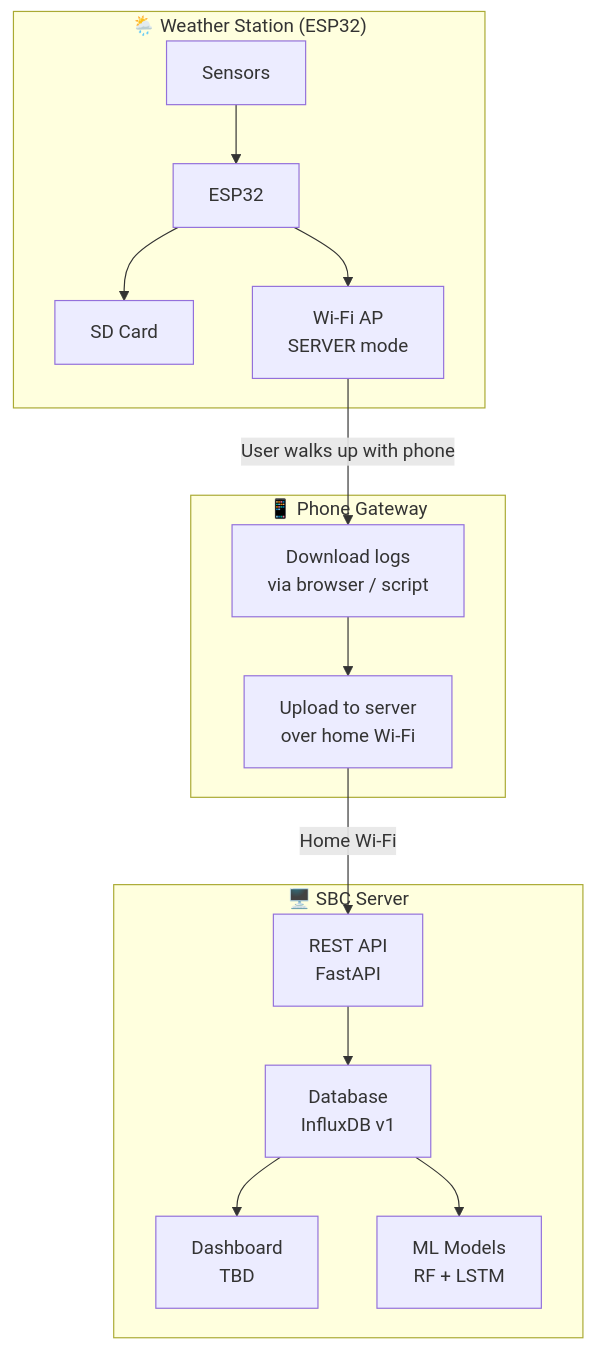
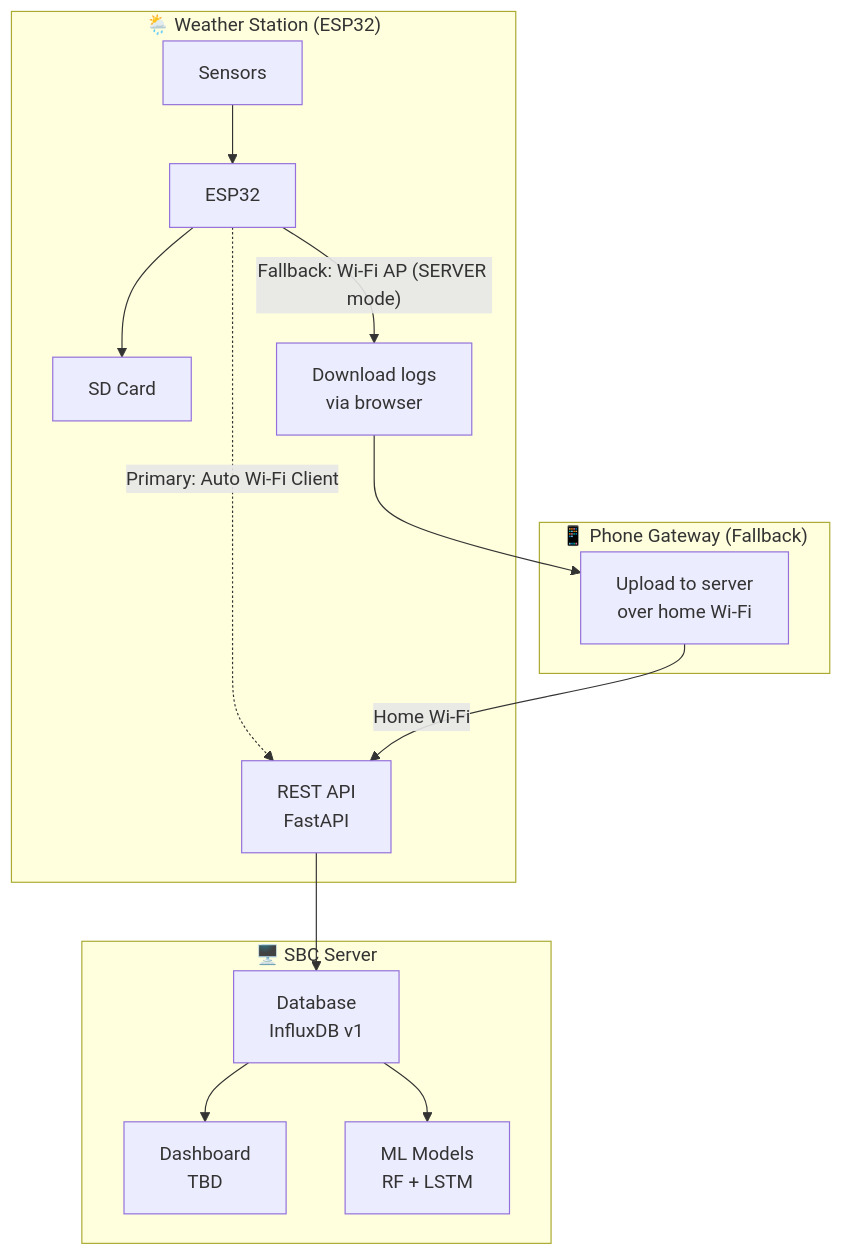
Before and after one commit to wg1d/personal-autonomous-weather-station: the first of 6 diagrams in docs/chapters/02-architecture.qmd, drawn with Mermaid. The commit also changed other lines of this file and 6 other files, not shown here.

Commit message:
docs: align roadmap, architecture, and merge firmware chapter

````diff
--- a/docs/chapters/02-architecture.qmd
+++ b/docs/chapters/02-architecture.qmd
@@ -20,27 +20,25 @@
 ```{mermaid}
 %%| column: page
 flowchart TB
     subgraph Station["🌦️ Weather Station (ESP32)"]
         S1[Sensors] --> MCU[ESP32]
         MCU --> SD[SD Card]
-        MCU --> AP[Wi-Fi AP<br/>SERVER mode]
+        MCU -.->|"Primary: Auto Wi-Fi Client"| API
+        MCU -->|"Fallback: Wi-Fi AP (SERVER mode)"| DL
     end
 
-    subgraph Phone["📱 Phone Gateway"]
-        DL[Download logs<br/>via browser / script]
-        UL[Upload to server<br/>over home Wi-Fi]
-        DL --> UL
+    subgraph Phone["📱 Phone Gateway (Fallback)"]
+        DL[Download logs<br/>via browser] --> UL[Upload to server<br/>over home Wi-Fi]
     end
 
     subgraph Backend["🖥️ SBC Server"]
         API[REST API<br/>FastAPI]
         DB[Database<br/>InfluxDB v1]
         DASH[Dashboard<br/>TBD]
         ML[ML Models<br/>RF + LSTM]
         API --> DB --> DASH
         DB --> ML
     end
 
-    AP -->|"User walks up with phone"| DL
     UL -->|"Home Wi-Fi"| API
 ```
````
